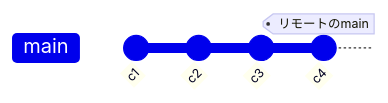
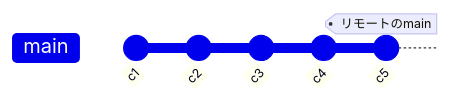
Before and after one commit to suwa-sh/zenn-contents: diagram 12 of 36 in articles/git_20250824.md, drawn with Mermaid. The commit also changed other lines of this file, not shown here.

````diff
--- a/articles/git_20250824.md
+++ b/articles/git_20250824.md
@@ -318,7 +325,8 @@
         ```mermaid
         gitGraph
             commit id: "c1"
             commit id: "c2"
             commit id: "c3"
-            commit id: "c4" tag: "リモートのmain"
+            commit id: "c4"
+            commit id: "c5" tag: "リモートのmain"
         ```
````
